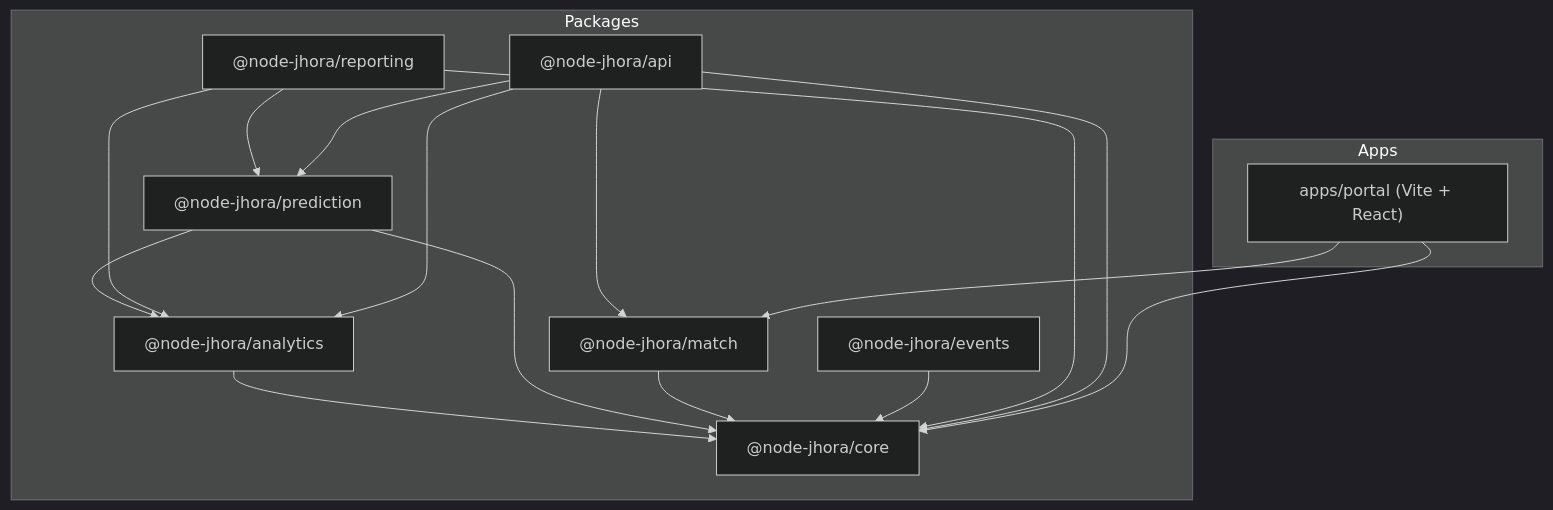
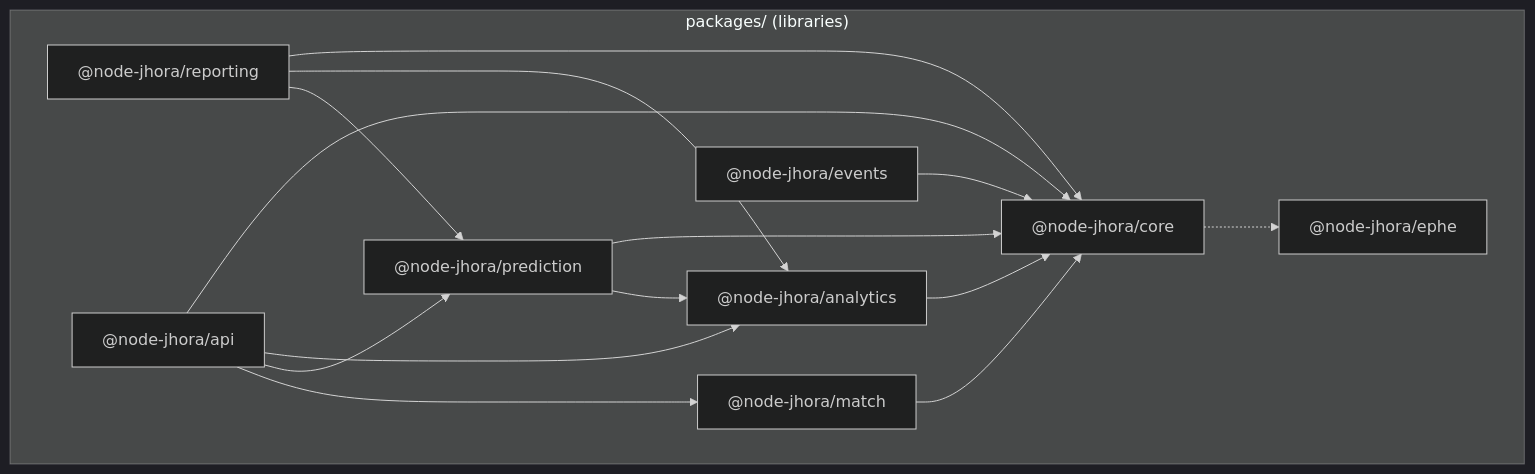
Before and after one commit to HariEshwar-J-A/node-jhora: the diagram in docs/ARCHITECTURE.md, drawn with Mermaid (dark theme). The commit also changed other lines of this file and 4 other files, not shown here.

````diff
--- a/docs/ARCHITECTURE.md
+++ b/docs/ARCHITECTURE.md
@@ -9,31 +9,27 @@
 ```mermaid
 graph TD
-    subgraph Packages
+    subgraph packages ["packages/ (libraries)"]
+        Ephe["@node-jhora/ephe"]
         Core["@node-jhora/core"]
         Analytics["@node-jhora/analytics"]
         Prediction["@node-jhora/prediction"]
         Match["@node-jhora/match"]
         Events["@node-jhora/events"]
         Reporting["@node-jhora/reporting"]
         API["@node-jhora/api"]
     end
 
-    subgraph Apps
-        Portal["apps/portal (Vite + React)"]
-    end
-
+    Core -.-> Ephe
     Analytics --> Core
     Prediction --> Core
     Prediction --> Analytics
     Match --> Core
     Events --> Core
     Reporting --> Core
     Reporting --> Analytics
     Reporting --> Prediction
     API --> Core
     API --> Analytics
     API --> Prediction
     API --> Match
-    Portal --> Core
-    Portal --> Match
 ```
````
